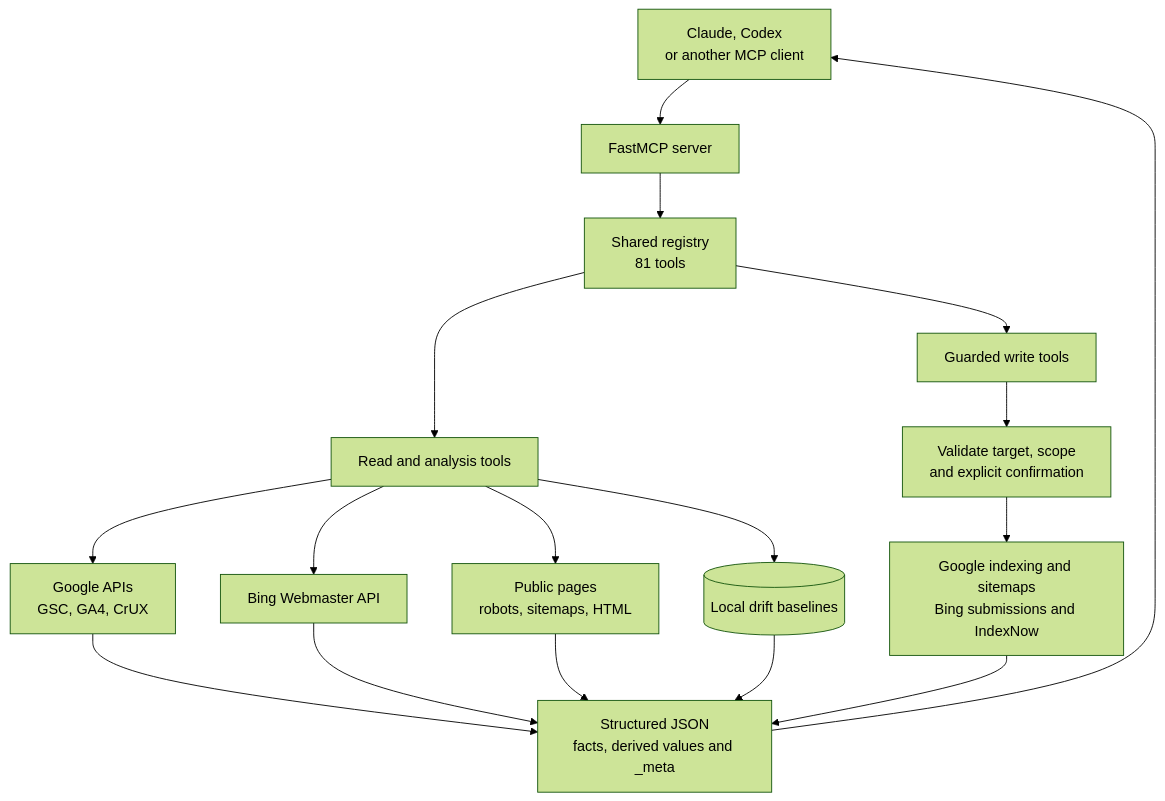
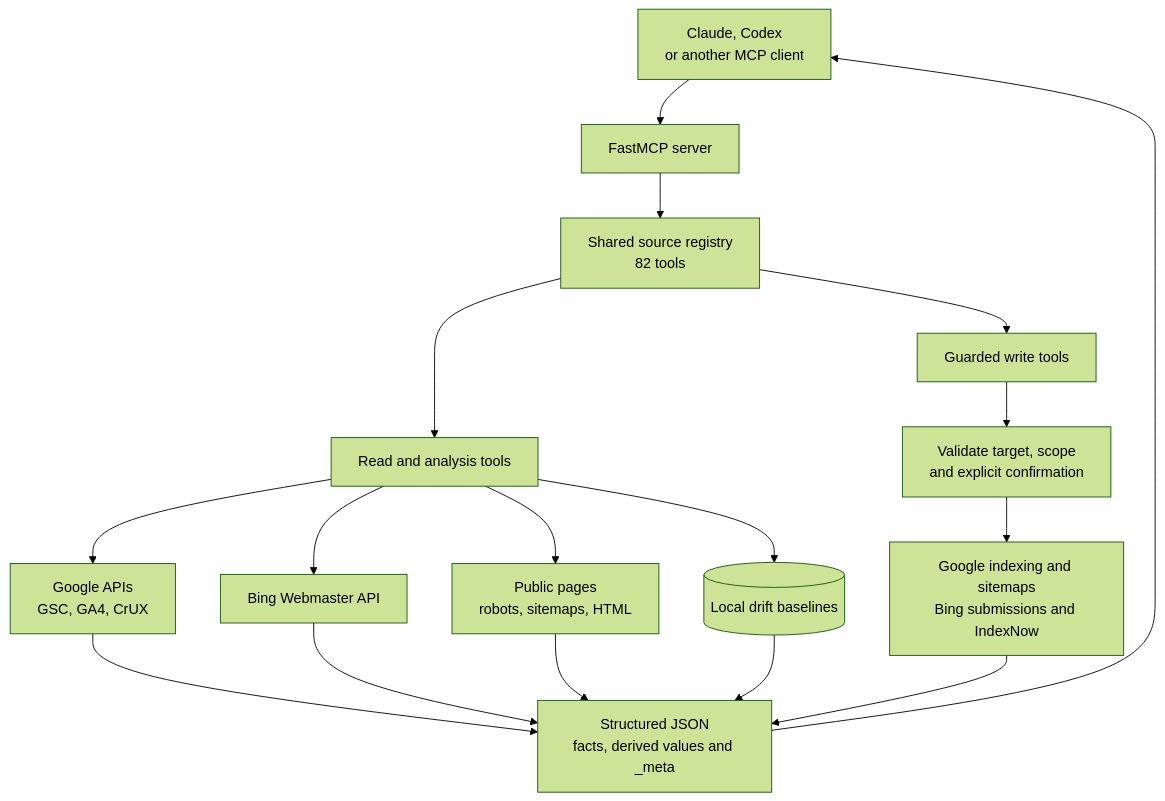
Before and after one commit to FlorianBruniaux/google-search-console-mcp: the diagram in README.md, drawn with Mermaid (forest theme). The commit also changed other lines of this file and 61 other files, not shown here.

````diff
--- a/README.md
+++ b/README.md
@@ -325,19 +325,19 @@
 ```mermaid
 flowchart TD
     C[Claude, Codex<br/>or another MCP client] --> S[FastMCP server]
-    S --> R[Shared registry<br/>81 tools]
+    S --> R[Shared source registry<br/>82 tools]
     R --> A[Read and analysis tools]
     R --> W[Guarded write tools]
     A --> G[Google APIs<br/>GSC, GA4, CrUX]
     A --> B[Bing Webmaster API]
     A --> P[Public pages<br/>robots, sitemaps, HTML]
     A --> L[(Local drift baselines)]
     W --> V[Validate target, scope<br/>and explicit confirmation]
     V --> M[Google indexing and sitemaps<br/>Bing submissions and IndexNow]
     G --> O[Structured JSON<br/>facts, derived values and _meta]
     B --> O
     P --> O
     L --> O
     M --> O
     O --> C
 ```
````
